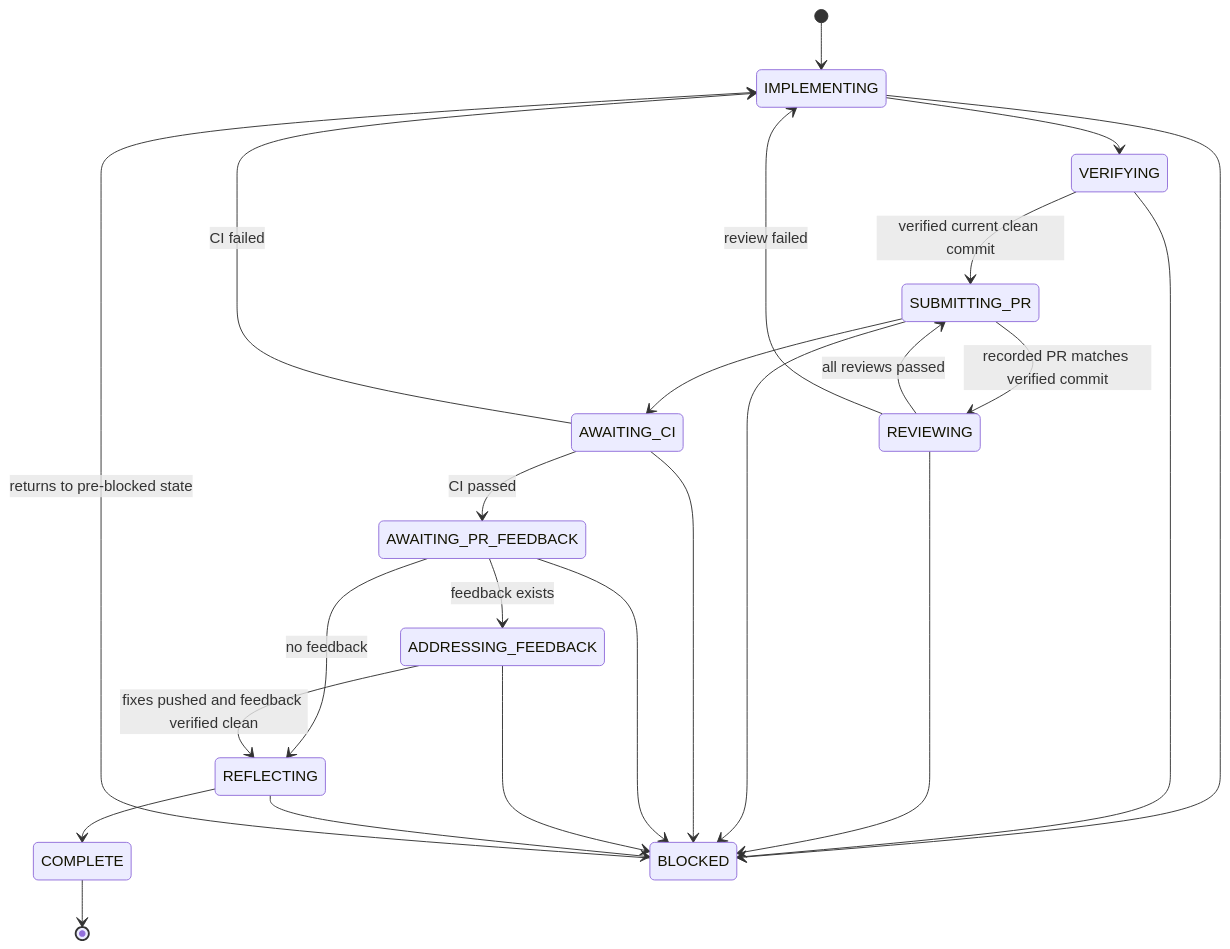
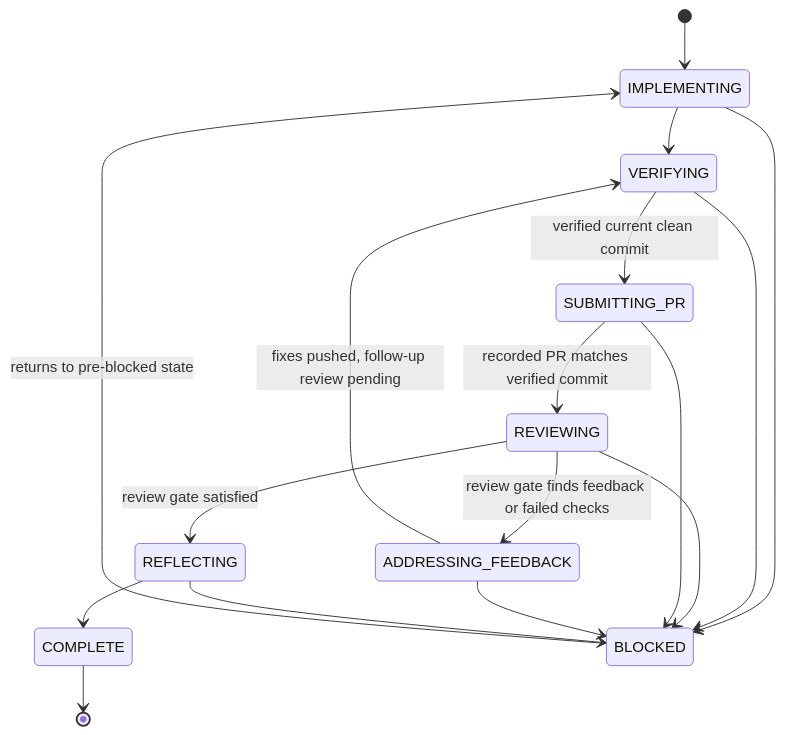
Before and after one commit to NTCoding/living-architecture: the diagram in tools/dev-workflow-v2/README.md, drawn with Mermaid. The commit also changed 55 other files, not shown here.

````diff
--- a/tools/dev-workflow-v2/README.md
+++ b/tools/dev-workflow-v2/README.md
@@ -209,27 +209,20 @@
 ```mermaid
 stateDiagram-v2
     [*] --> IMPLEMENTING
     IMPLEMENTING --> VERIFYING
     VERIFYING --> SUBMITTING_PR : verified current clean commit
     SUBMITTING_PR --> REVIEWING : recorded PR matches verified commit
-    REVIEWING --> SUBMITTING_PR : all reviews passed
-    REVIEWING --> IMPLEMENTING : review failed
-    SUBMITTING_PR --> AWAITING_CI
-    AWAITING_CI --> AWAITING_PR_FEEDBACK : CI passed
-    AWAITING_CI --> IMPLEMENTING : CI failed
-    AWAITING_PR_FEEDBACK --> REFLECTING : no feedback
-    AWAITING_PR_FEEDBACK --> ADDRESSING_FEEDBACK : feedback exists
-    ADDRESSING_FEEDBACK --> REFLECTING : fixes pushed and feedback verified clean
+    REVIEWING --> ADDRESSING_FEEDBACK : review gate finds feedback or failed checks
+    REVIEWING --> REFLECTING : review gate satisfied
+    ADDRESSING_FEEDBACK --> VERIFYING : fixes pushed, follow-up review pending
     REFLECTING --> COMPLETE
     COMPLETE --> [*]
 
     IMPLEMENTING --> BLOCKED
     VERIFYING --> BLOCKED
     REVIEWING --> BLOCKED
     SUBMITTING_PR --> BLOCKED
-    AWAITING_CI --> BLOCKED
-    AWAITING_PR_FEEDBACK --> BLOCKED
     ADDRESSING_FEEDBACK --> BLOCKED
     REFLECTING --> BLOCKED
     BLOCKED --> IMPLEMENTING : returns to pre-blocked state
 ```
````
